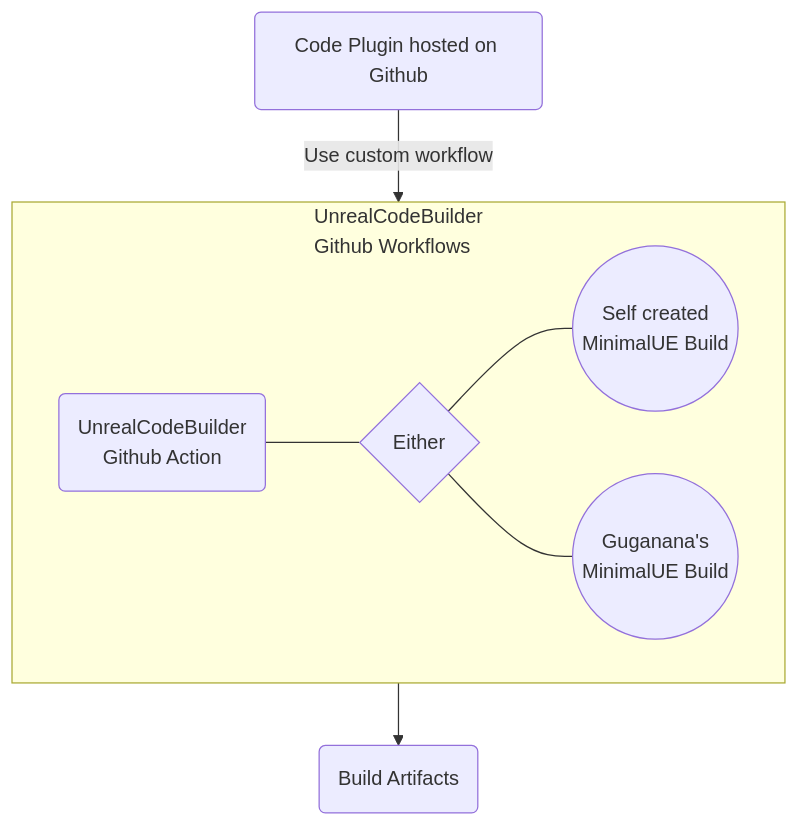
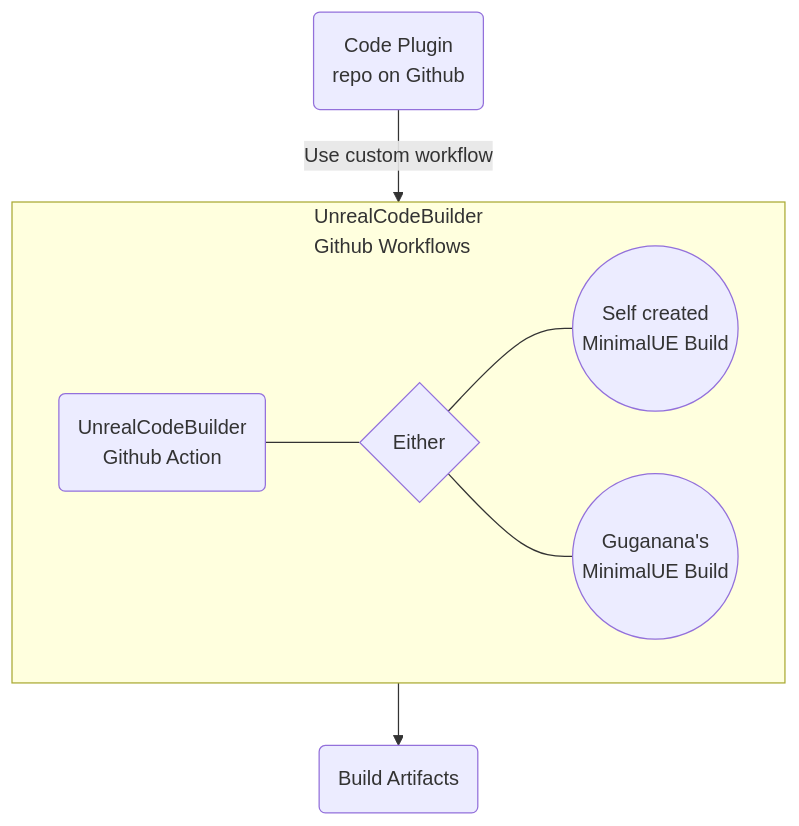
One commit to Guganana/UnrealPluginCIWithGithubActions changed the diagram in README.md. Above: the diagram before and after it, drawn with Mermaid.

````diff
--- a/README.md
+++ b/README.md
@@ -13,19 +13,19 @@
 ```mermaid
 graph TB
-A(Code Plugin hosted on Github)
+A(Code Plugin<br>repo on Github)
 E(Build Artifacts)
 
 subgraph one["UnrealCodeBuilder<br> Github Workflows"]
     direction LR
     CA(UnrealCodeBuilder<br>Github Action)
     CB{Either}
     DA((Self created<br/> MinimalUE Build))
     DB((Guganana's<br/>MinimalUE Build))
     CA --- CB
     CB --- DA
     CB --- DB
 end
 
 A -- Use custom workflow --> one
 one --> E
 ```
````
